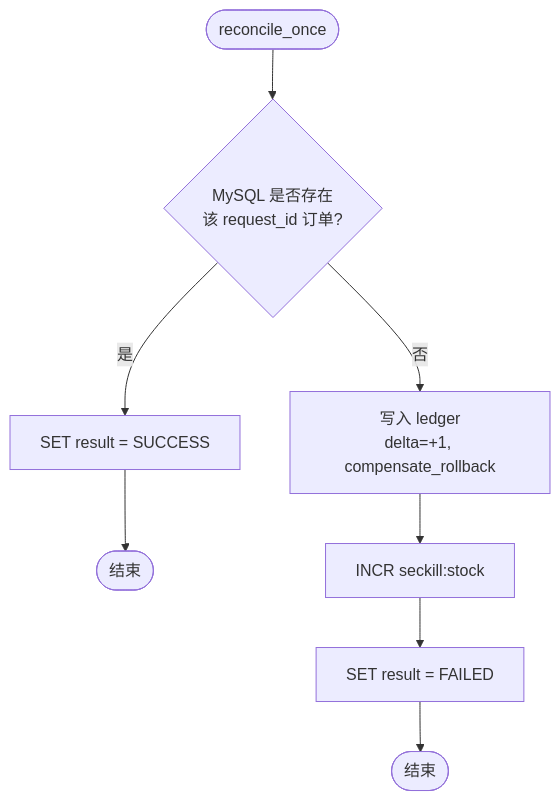
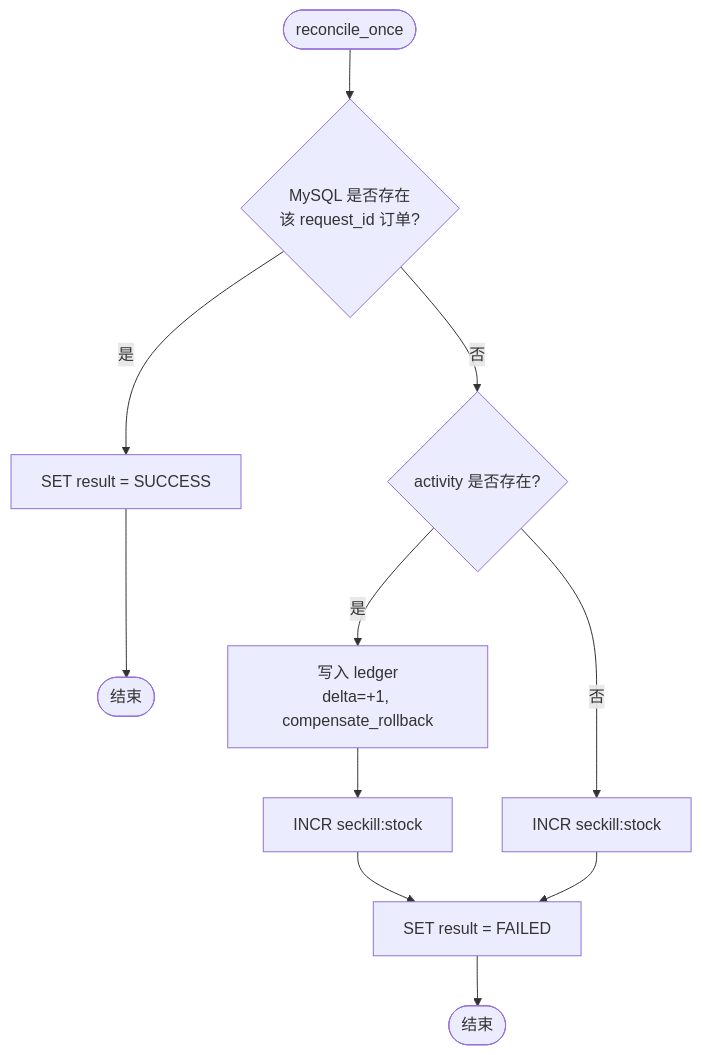
One commit to yi-man/demos changed the second of 2 diagrams in docs/orders-seckill-flow.md. Above: the diagram before and after it, drawn with Mermaid. The commit also changed other lines of this file and 10 other files, not shown here.

````diff
--- a/docs/orders-seckill-flow.md
+++ b/docs/orders-seckill-flow.md
@@ -69,12 +72,15 @@
 ```mermaid
 flowchart TB
     START([reconcile_once]) --> Q{MySQL 是否存在<br/>该 request_id 订单?}
 
     Q -->|是| S[SET result = SUCCESS]
     S --> END1([结束])
 
-    Q -->|否| LED[写入 ledger<br/>delta=+1, compensate_rollback]
+    Q -->|否| ACT{activity 是否存在?}
+    ACT -->|是| LED[写入 ledger<br/>delta=+1, compensate_rollback]
     LED --> INC[INCR seckill:stock]
+    ACT -->|否| INC2[INCR seckill:stock]
     INC --> F[SET result = FAILED]
+    INC2 --> F
     F --> END2([结束])
 ```
````
